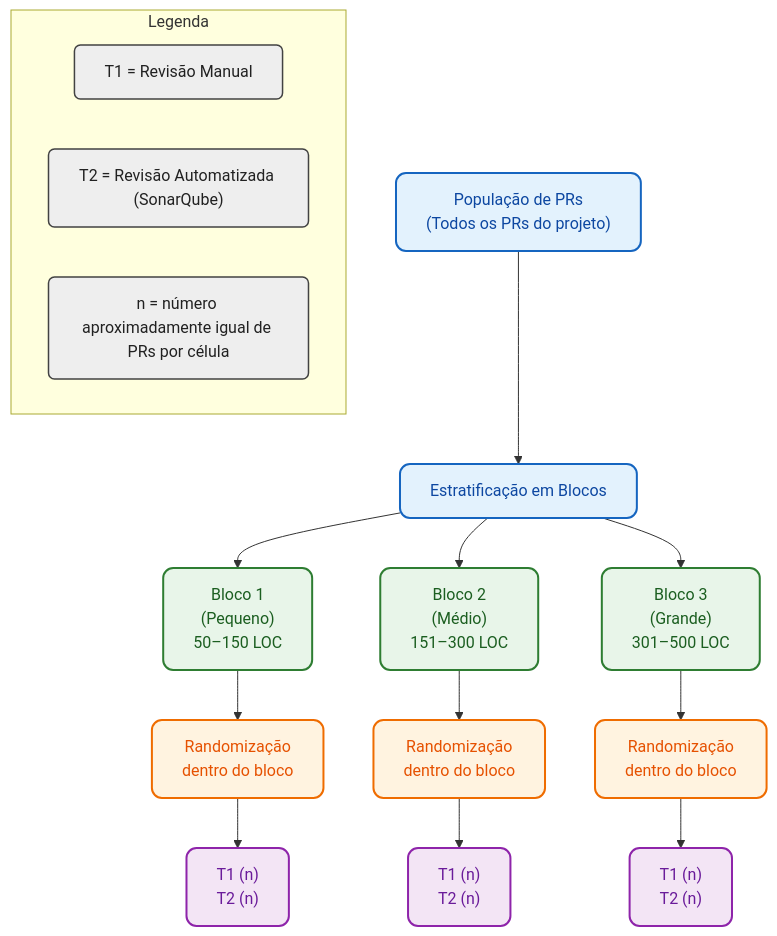
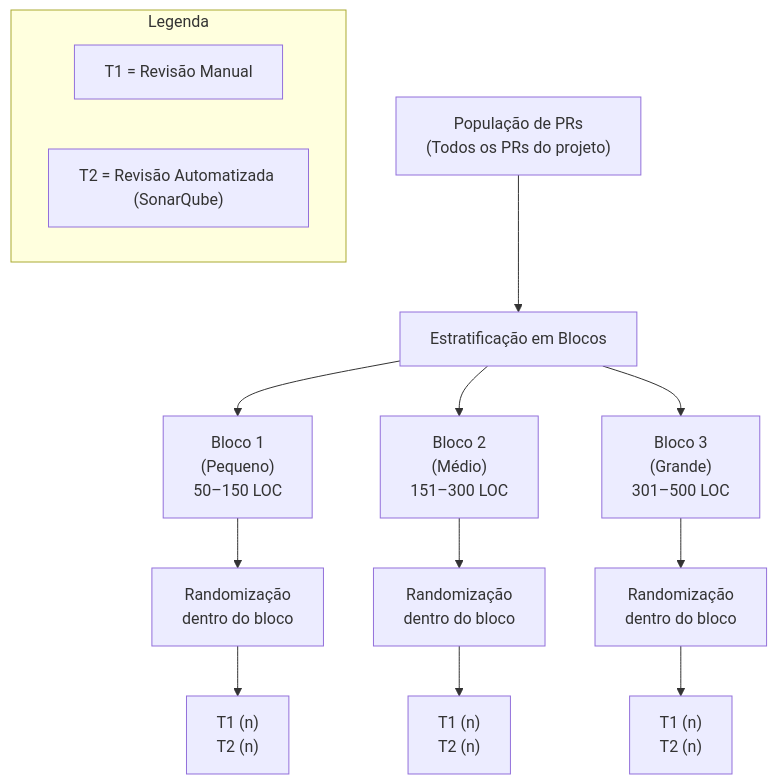
Before and after one commit to Druitti/Trabalho-Final-Proposta-de-Experimento-para-TCC: the second of 4 diagrams in README.md, drawn with Mermaid. The commit also changed other lines of this file and 1 other file, not shown here.

````diff
--- a/README.md
+++ b/README.md
@@ -688,56 +566,38 @@
 ```mermaid
 flowchart TD
 
     A["População de PRs
 (Todos os PRs do projeto)"]
     A --> B["Estratificação em Blocos"]
 
     B --> C1["Bloco 1
 (Pequeno)
 50–150 LOC"]
 
     B --> C2["Bloco 2
 (Médio)
 151–300 LOC"]
 
     B --> C3["Bloco 3
 (Grande)
 301–500 LOC"]
 
     C1 --> D1["Randomização
 dentro do bloco"]
     C2 --> D2["Randomização
 dentro do bloco"]
     C3 --> D3["Randomização
 dentro do bloco"]
 
     D1 --> E1["T1 (n)
 T2 (n)"]
     D2 --> E2["T1 (n)
 T2 (n)"]
     D3 --> E3["T1 (n)
 T2 (n)"]
 
-    %% Legenda
     subgraph Legenda
         L1["T1 = Revisão Manual"]
         L2["T2 = Revisão Automatizada (SonarQube)"]
-        L3["n = número aproximadamente igual de PRs por célula"]
     end
-
-    %% ===========================
-    %% ESTILOS DE CORES
-    %% ===========================
-    classDef main fill:#e3f2fd,stroke:#1565c0,stroke-width:2px,color:#0d47a1,rx:10,ry:10;
-    classDef block fill:#e8f5e9,stroke:#2e7d32,stroke-width:2px,color:#1b5e20,rx:10,ry:10;
-    classDef random fill:#fff3e0,stroke:#ef6c00,stroke-width:2px,color:#e65100,rx:10,ry:10;
-    classDef result fill:#f3e5f5,stroke:#8e24aa,stroke-width:2px,color:#6a1b9a,rx:10,ry:10;
-    classDef legend fill:#eeeeee,stroke:#424242,stroke-width:1.5px,color:#212121,rx:6,ry:6;
-
-    %% Atribuir estilos
-    class A,B main;
-    class C1,C2,C3 block;
-    class D1,D2,D3 random;
-    class E1,E2,E3 result;
-    class L1,L2,L3 legend;
 ```
````
